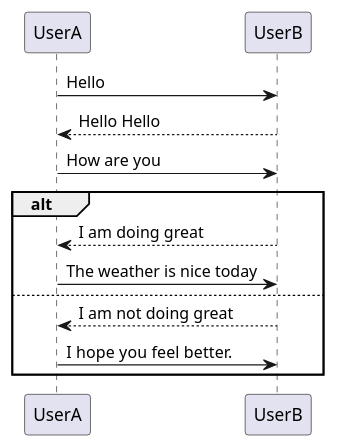
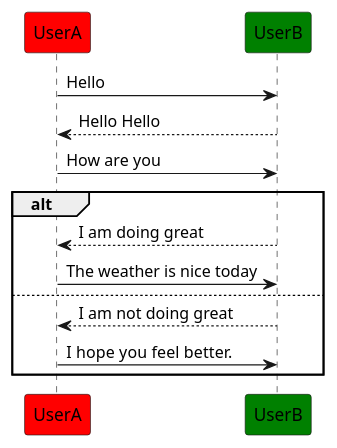
One commit to prashantmdesai/sample changed the diagram in sample.puml. Above: the diagram before and after it, drawn with PlantUML.

Commit message:
Updated colors

```diff
--- a/sample.puml
+++ b/sample.puml
@@ -1,20 +1,21 @@
 @startuml name="Hello Users"
 
-participant UserA
-participant UserB
+participant UserA #Red
+participant UserB #Green
 
 UserA -> UserB: Hello
 UserB --> UserA: Hello Hello
 UserA -> UserB: How are you
 
 alt
 UserB --> UserA: I am doing great
 UserA -> UserB: The weather is nice today
 else
 UserB --> UserA: I am not doing great
 UserA -> UserB: I hope you feel better.
 end
 
 
 
+
 @enduml
```
